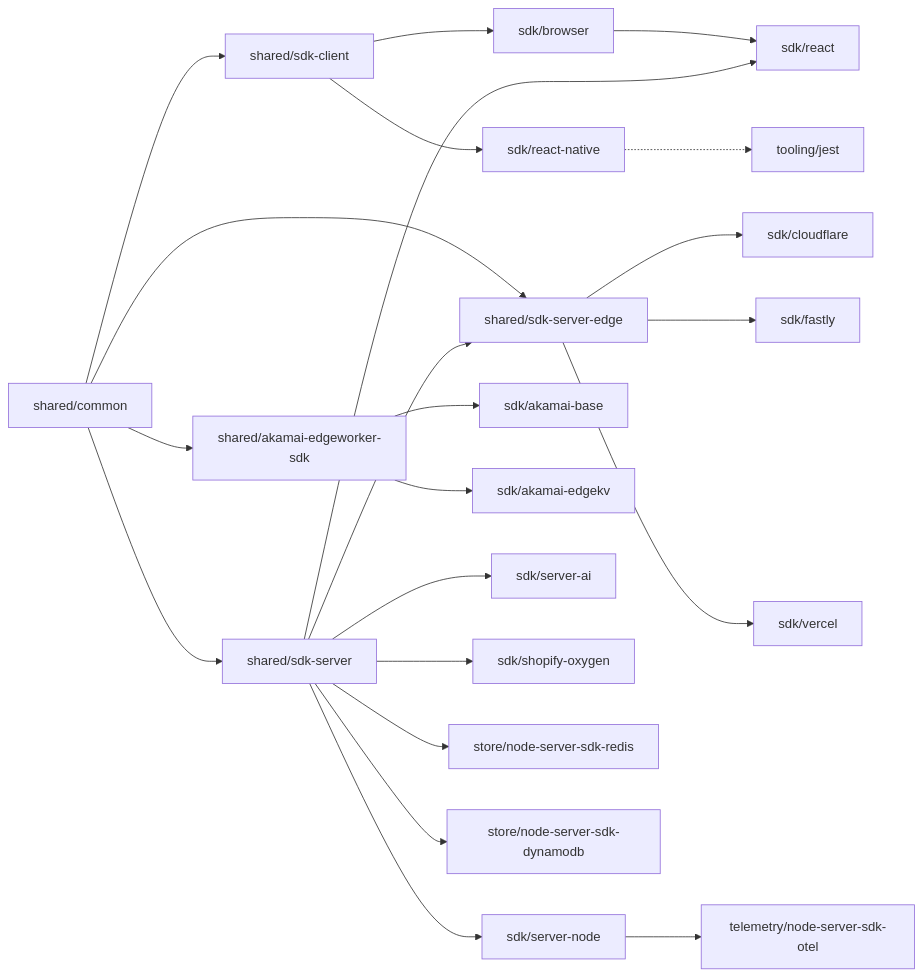
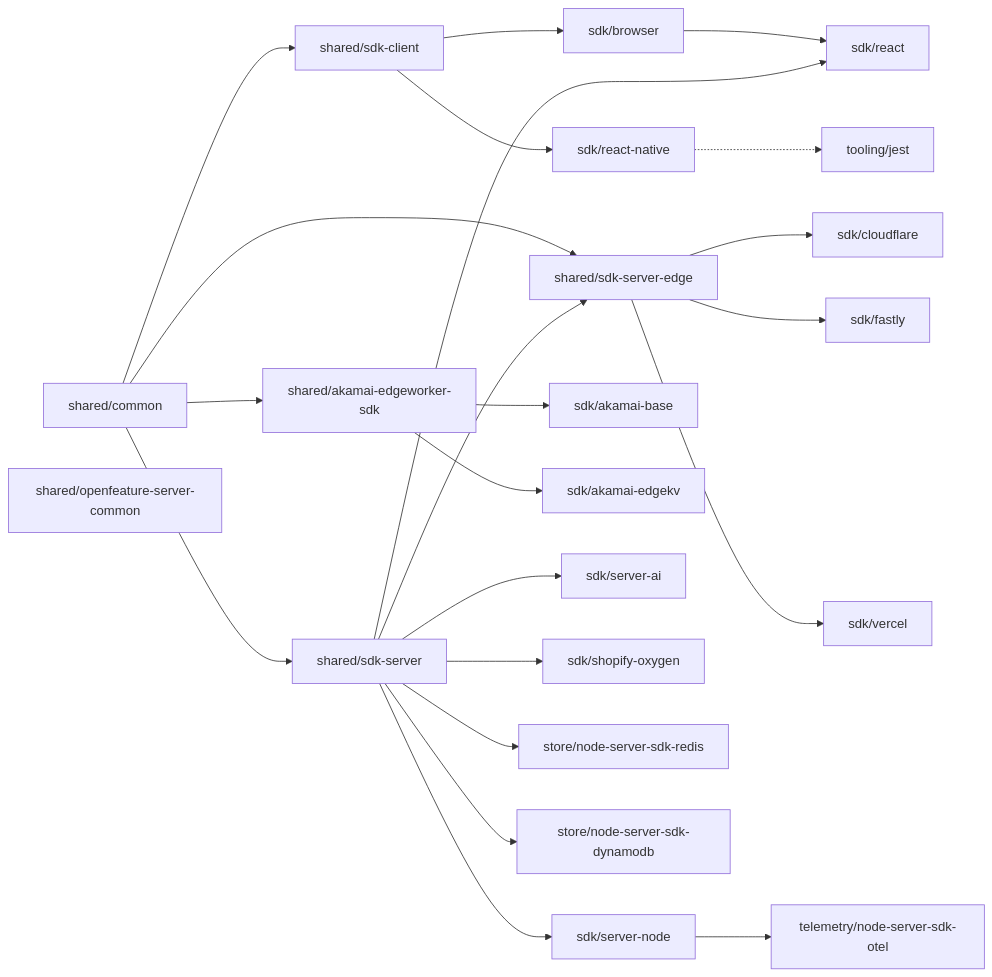
The diagram in CONTRIBUTING.md (launchdarkly/js-core), drawn with Mermaid before and after one commit. The commit also changed other lines of this file and 7 other files, not shown here.

Commit message:
feat!: release `@launchdarkly/openfeature-js-server-common`

````diff
--- a/CONTRIBUTING.md
+++ b/CONTRIBUTING.md
@@ -149,72 +149,73 @@
 ```mermaid
 flowchart LR
     %% Shared packages
     common[shared/common]
     sdk-client[shared/sdk-client]
     sdk-server[shared/sdk-server]
     sdk-server-edge[shared/sdk-server-edge]
     akamai-edgeworker[shared/akamai-edgeworker-sdk]
+    openfeature-server-common[shared/openfeature-server-common]
 
     %% SDK packages
     server-node[sdk/server-node]
     cloudflare[sdk/cloudflare]
     fastly[sdk/fastly]
     react-native[sdk/react-native]
     browser[sdk/browser]
     vercel[sdk/vercel]
     akamai-base[sdk/akamai-base]
     akamai-edgekv[sdk/akamai-edgekv]
     server-ai[sdk/server-ai]
     react[sdk/react]
     shopify-oxygen[sdk/shopify-oxygen]
 
     %% Store packages
     redis[store/node-server-sdk-redis]
     dynamodb[store/node-server-sdk-dynamodb]
 
     %% Telemetry packages
     node-otel[telemetry/node-server-sdk-otel]
 
     %% Tooling packages
     jest[tooling/jest]
 
     %% Dependencies between shared packages
     common --> sdk-client
     common --> sdk-server
     common --> sdk-server-edge
     common --> akamai-edgeworker
     sdk-server --> sdk-server-edge
     
     %% Dependencies for SDK packages
     sdk-client --> browser
     sdk-client --> react-native
     browser --> react
     sdk-server --> react
     
     sdk-server --> server-node
     sdk-server --> server-ai
     sdk-server --> shopify-oxygen
     
     sdk-server-edge --> cloudflare
     sdk-server-edge --> fastly
     sdk-server-edge --> vercel
     
     akamai-edgeworker --> akamai-base
     akamai-edgeworker --> akamai-edgekv
     
     %% Dependencies for store packages
     sdk-server --> redis
     sdk-server --> dynamodb
     
     %% Dependencies for telemetry packages
     server-node --> node-otel
     
     %% Dependencies for tooling packages
     react-native -.-> jest
     
-    class common,sdk-client,sdk-server,sdk-server-edge,akamai-edgeworker shared
+    class common,sdk-client,sdk-server,sdk-server-edge,akamai-edgeworker,openfeature-server-common shared
     class server-node,cloudflare,fastly,react-native,browser,vercel,akamai-base,akamai-edgekv,server-ai,react,shopify-oxygen sdk
     class redis,dynamodb store
     class node-otel telemetry
     class jest tooling
 ```
````
